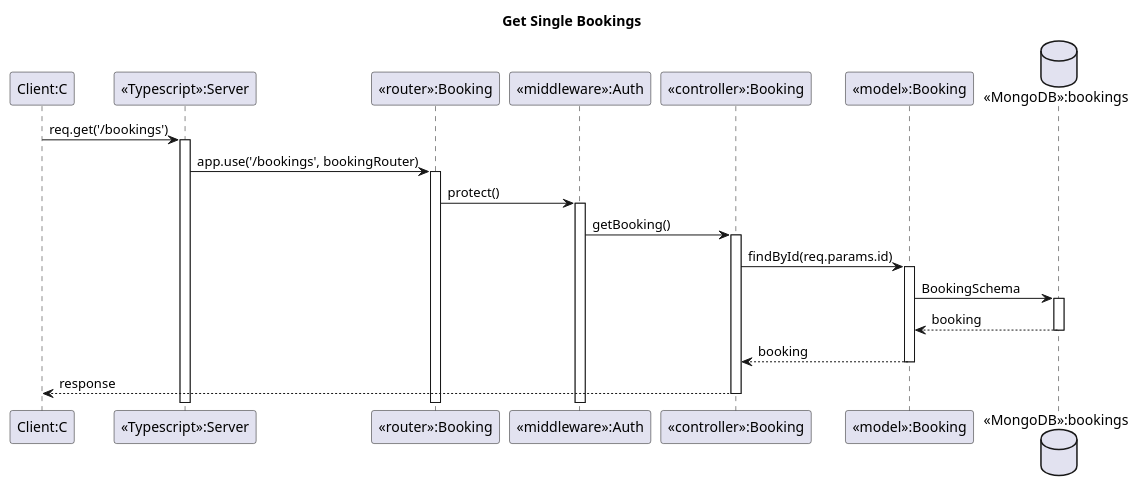
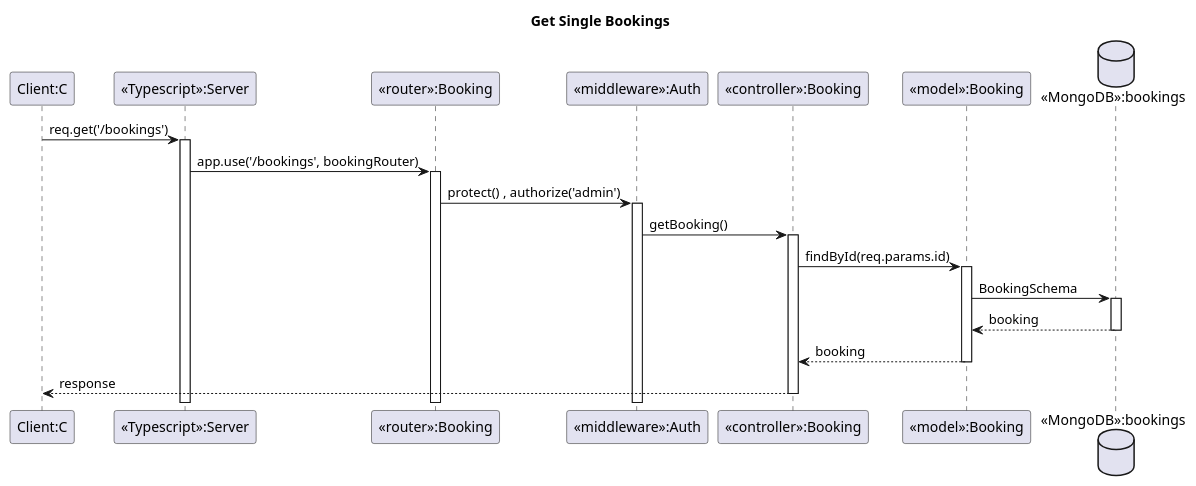
Before and after one commit to TeerapatChan/CU-JobfairBackend: the diagram in diagram/getBooking.puml, drawn with PlantUML. The commit also changed 7 other files, not shown here.

```diff
--- a/diagram/getBooking.puml
+++ b/diagram/getBooking.puml
@@ -1,24 +1,24 @@
 @startuml
 
 title Get Single Bookings
 
 participant "Client:C" as C
 participant "<<Typescript>>:Server" as S
 participant "<<router>>:Booking" as R
 participant "<<middleware>>:Auth" as A
 participant "<<controller>>:Booking" as B
 participant "<<model>>:Booking" as M
 database "<<MongoDB>>:bookings" as DB
 
 C -> S++: req.get('/bookings')
 S -> R++: app.use('/bookings', bookingRouter)
-R -> A++: protect()
+R -> A++: protect() , authorize('admin')
 A -> B++: getBooking()
 
 B -> M++: findById(req.params.id)
 M -> DB++: BookingSchema
 DB --> M--: booking
 M --> B--: booking
 B --> C--: response
 
 @enduml
```
